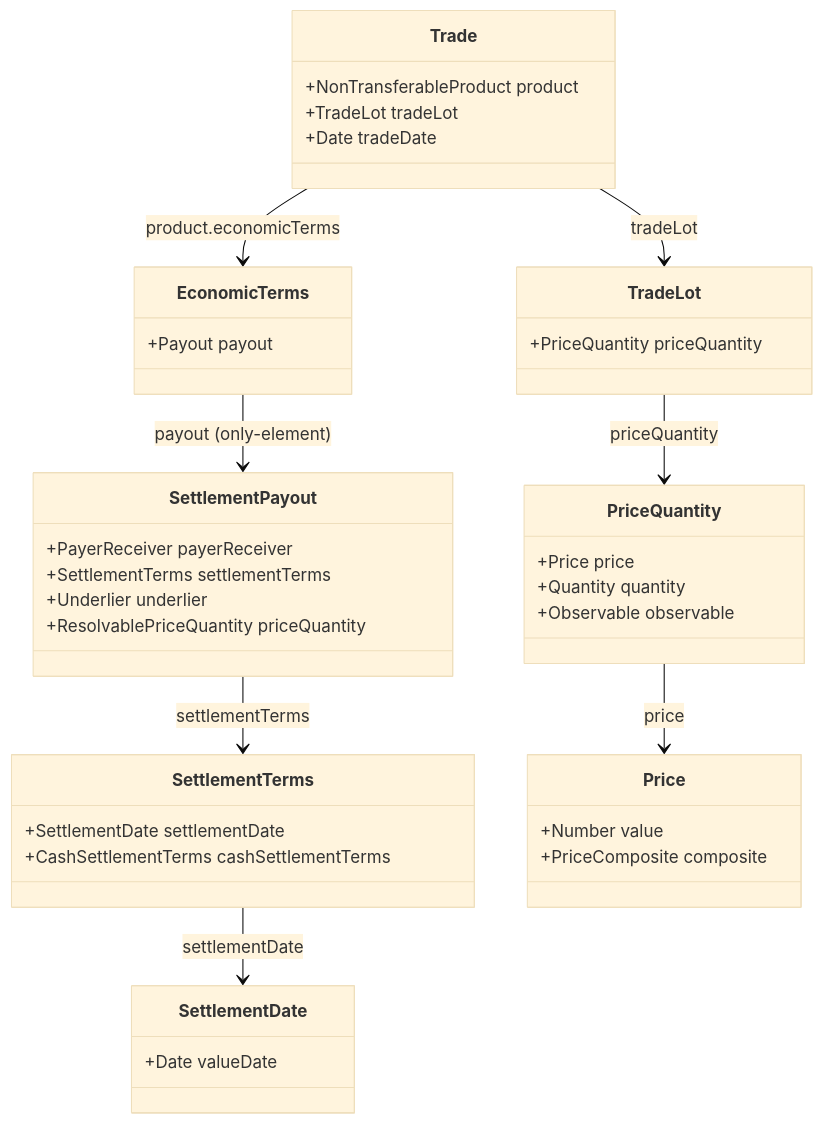
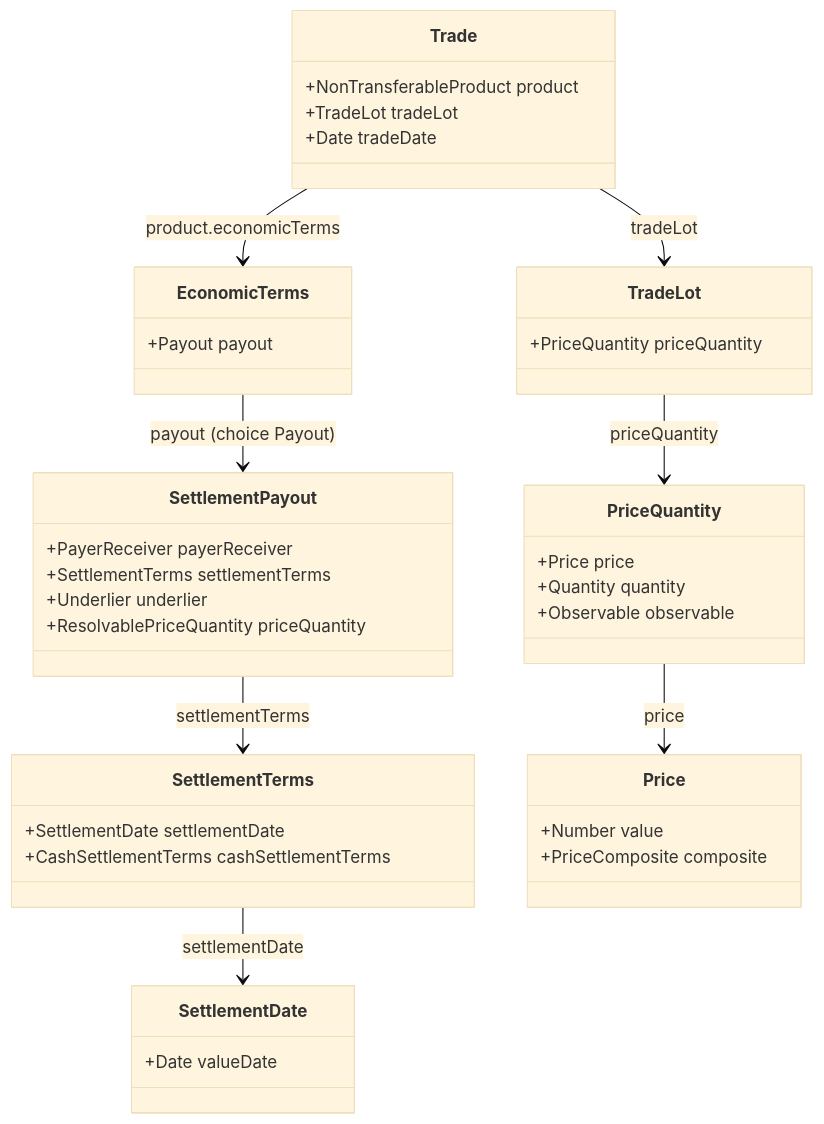
Before and after one commit to matsuuramasakazu/my_cdm_wiki: the first of 15 diagrams in cdm_wiki/concepts/fx_products_and_synthetic_forward.md, drawn with Mermaid (base theme). The commit also changed other lines of this file and 2 other files, not shown here.

````diff
--- a/cdm_wiki/concepts/fx_products_and_synthetic_forward.md
+++ b/cdm_wiki/concepts/fx_products_and_synthetic_forward.md
@@ -61,44 +63,44 @@
 ```mermaid
 classDiagram
     class Trade {
         +NonTransferableProduct product
         +TradeLot tradeLot
         +Date tradeDate
     }
     class EconomicTerms {
         +Payout payout
     }
     class SettlementPayout {
         +PayerReceiver payerReceiver
         +SettlementTerms settlementTerms
         +Underlier underlier
         +ResolvablePriceQuantity priceQuantity
     }
     class SettlementTerms {
         +SettlementDate settlementDate
         +CashSettlementTerms cashSettlementTerms
     }
     class SettlementDate {
         +Date valueDate
     }
     class TradeLot {
         +PriceQuantity priceQuantity
     }
     class PriceQuantity {
         +Price price
         +Quantity quantity
         +Observable observable
     }
     class Price {
         +Number value
         +PriceComposite composite
     }
 
     Trade --> EconomicTerms : product.economicTerms
-    EconomicTerms --> SettlementPayout : payout (only-element)
+    EconomicTerms --> SettlementPayout : payout (choice Payout)
     SettlementPayout --> SettlementTerms : settlementTerms
     SettlementTerms --> SettlementDate : settlementDate
     Trade --> TradeLot : tradeLot
     TradeLot --> PriceQuantity : priceQuantity
     PriceQuantity --> Price : price
 ```
````
